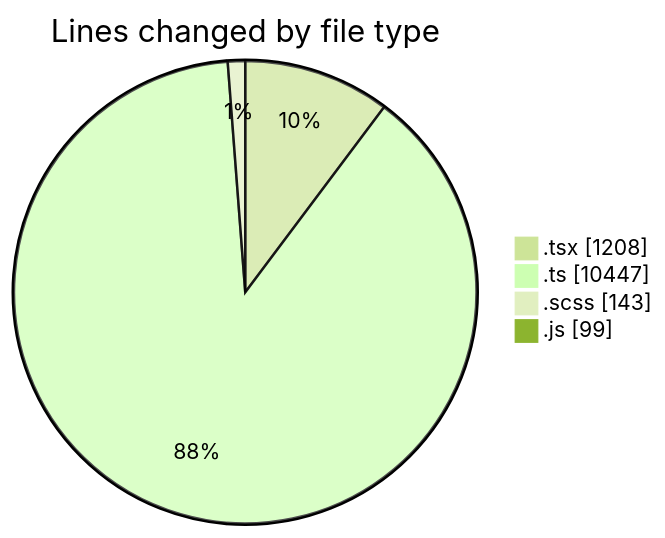
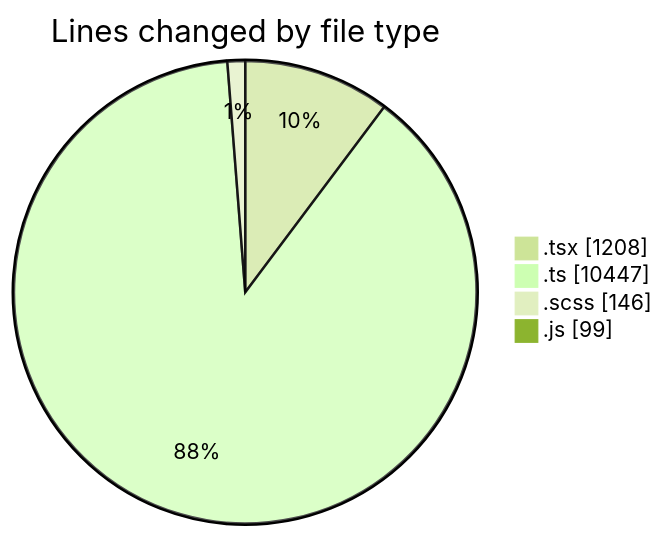
One commit to momahboobian/code-tracking changed the first of 2 diagrams in 2025-03-26/cda/README.md. Above: the diagram before and after it, drawn with Mermaid (forest theme). The commit also changed other lines of this file and 1 other file, not shown here.

````diff
--- a/2025-03-26/cda/README.md
+++ b/2025-03-26/cda/README.md
@@ -42,8 +42,8 @@
 ```mermaid
 pie showData
 title Lines changed by file type
 ".tsx" : 1208
 ".ts" : 10447
-".scss" : 143
+".scss" : 146
 ".js" : 99
 ```
````
